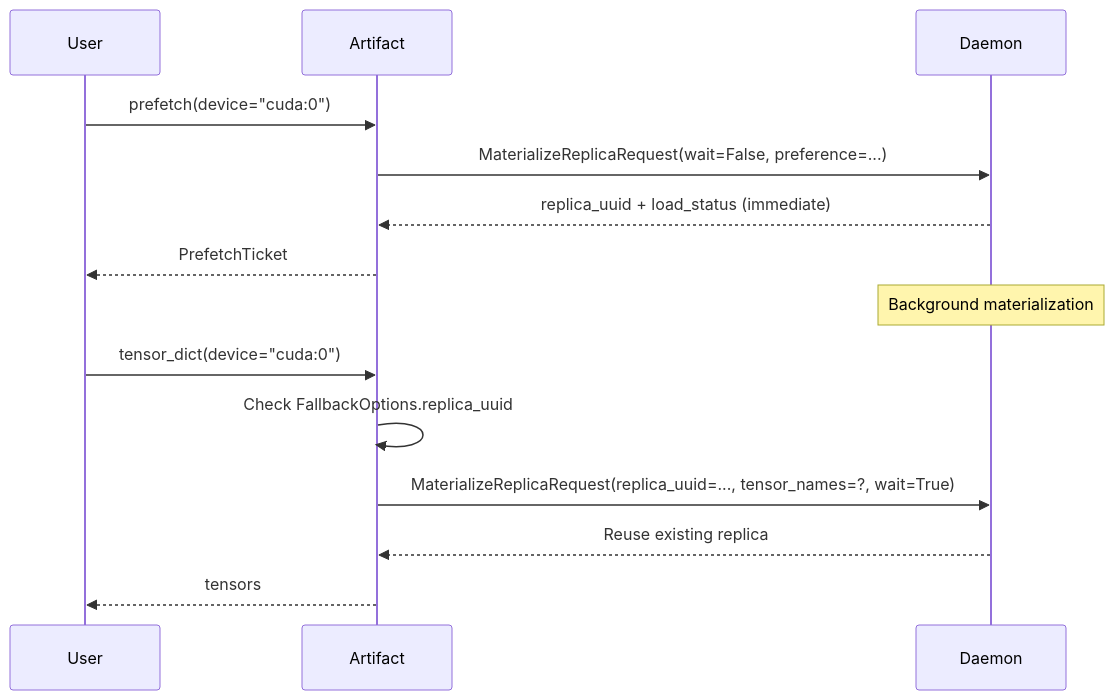
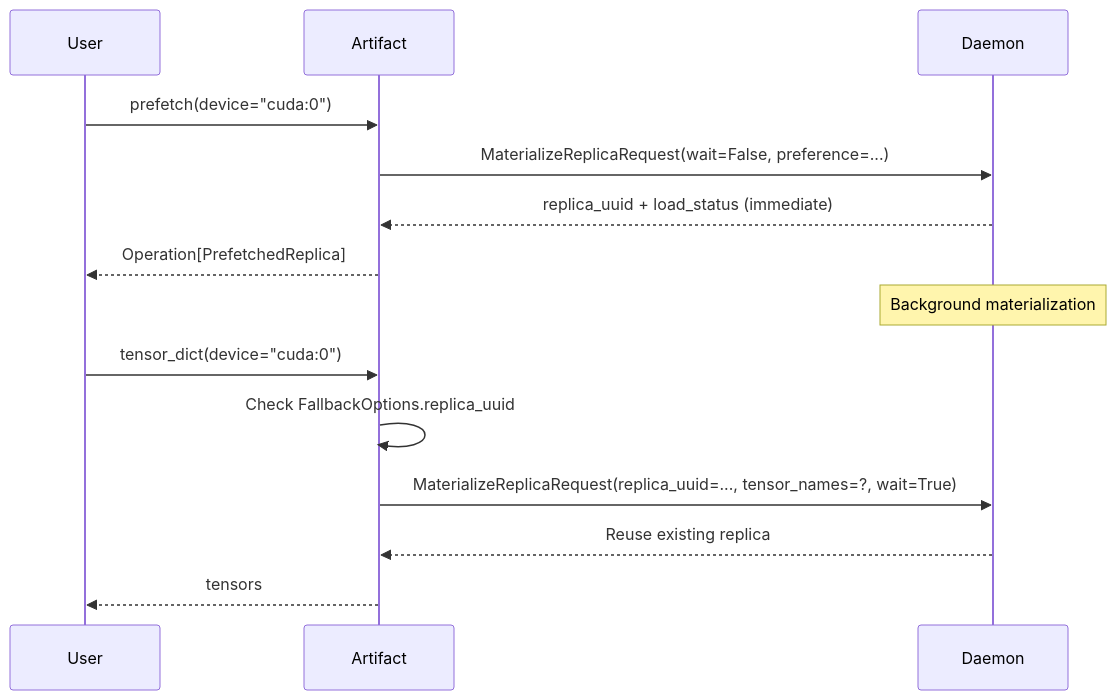
Before and after one commit to tensorcast-ai/tensorcast: the third of 3 diagrams in docs/designs/0036-03-lazy-artifact-handle.md, drawn with Mermaid. The commit also changed other lines of this file and 118 other files, not shown here.

````diff
--- a/docs/designs/0036-03-lazy-artifact-handle.md
+++ b/docs/designs/0036-03-lazy-artifact-handle.md
@@ -596,19 +578,19 @@
 ```mermaid
 sequenceDiagram
     participant U as User
     participant A as Artifact
     participant D as Daemon
     
     U->>A: prefetch(device="cuda:0")
     A->>D: MaterializeReplicaRequest(wait=False, preference=...)
     D-->>A: replica_uuid + load_status (immediate)
-    A-->>U: PrefetchTicket
+    A-->>U: Operation[PrefetchedReplica]
     
     Note over D: Background materialization
     
     U->>A: tensor_dict(device="cuda:0")
     A->>A: Check FallbackOptions.replica_uuid
     A->>D: MaterializeReplicaRequest(replica_uuid=..., tensor_names=?, wait=True)
     D-->>A: Reuse existing replica
     A-->>U: tensors
 ```
````
